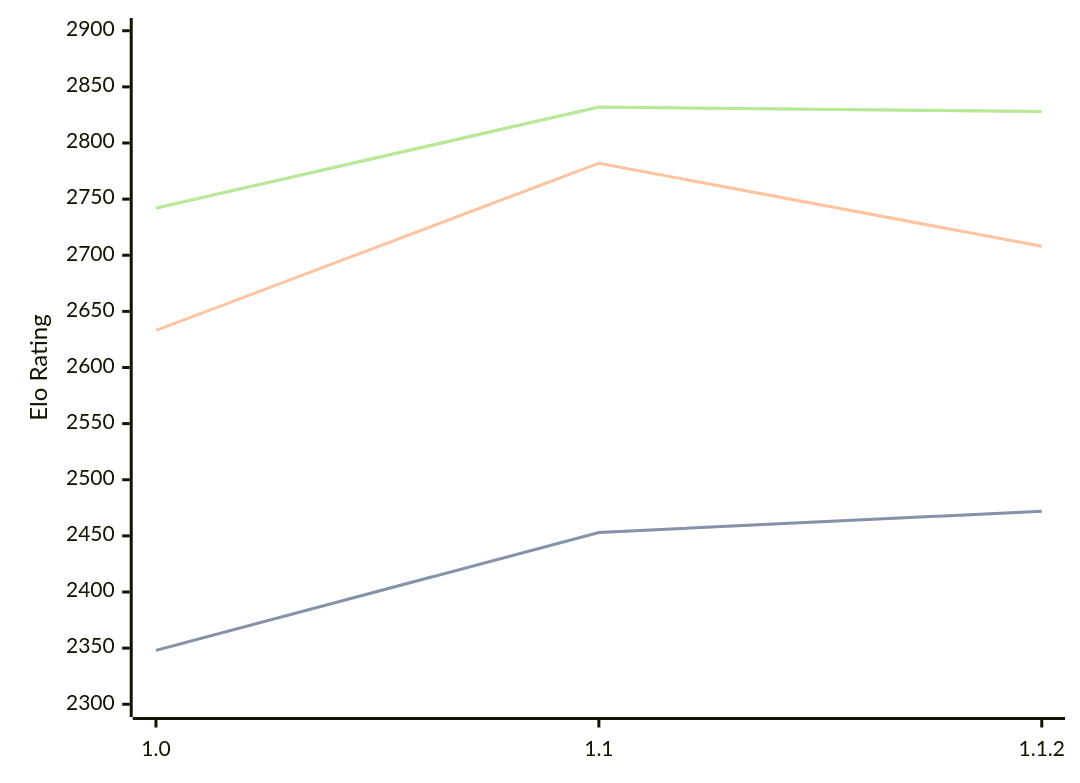
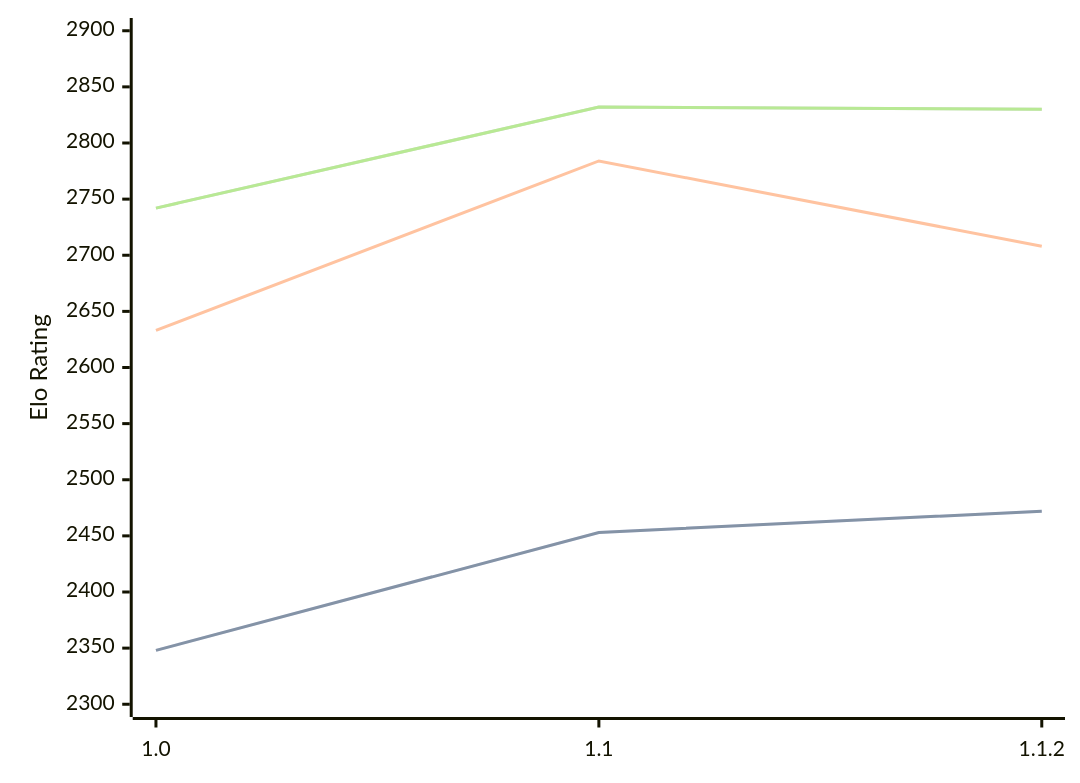
One commit to computer-chess-index/cci changed the diagram in engines/Casanchess.md. Above: the diagram before and after it, drawn with Mermaid. The commit also changed other lines of this file, not shown here.

Commit message:
Update CCI Ratings (ELO VLTC) - 2026-10-02

````diff
--- a/engines/Casanchess.md
+++ b/engines/Casanchess.md
@@ -34,11 +34,11 @@
 ```mermaid
 %%{init: {"theme":"base","themeVariables":{"seriesColors:['#a3a3a3','#222221','#faa371']}}}%%
 xychart-beta
   x-axis ["1.0", "1.1", "1.1.2"]
   y-axis "Elo Rating" 2300 --> 2900
   line "" [2348, 2453, 2472]
   line "STC (8.0+0.08s)" [2348, 2453, 2472]
-  line "LTC (60.0+0.60s)" [2633, 2782, 2708]
-  line "" [2742, 2832, 2828]
-  line "VLTC (2m24s+1.12s)" [2742, 2832, 2828]
+  line "LTC (60.0+0.60s)" [2633, 2784, 2708]
+  line "" [2742, 2832, 2830]
+  line "VLTC (2m24s+1.12s)" [2742, 2832, 2830]
 ```
````
